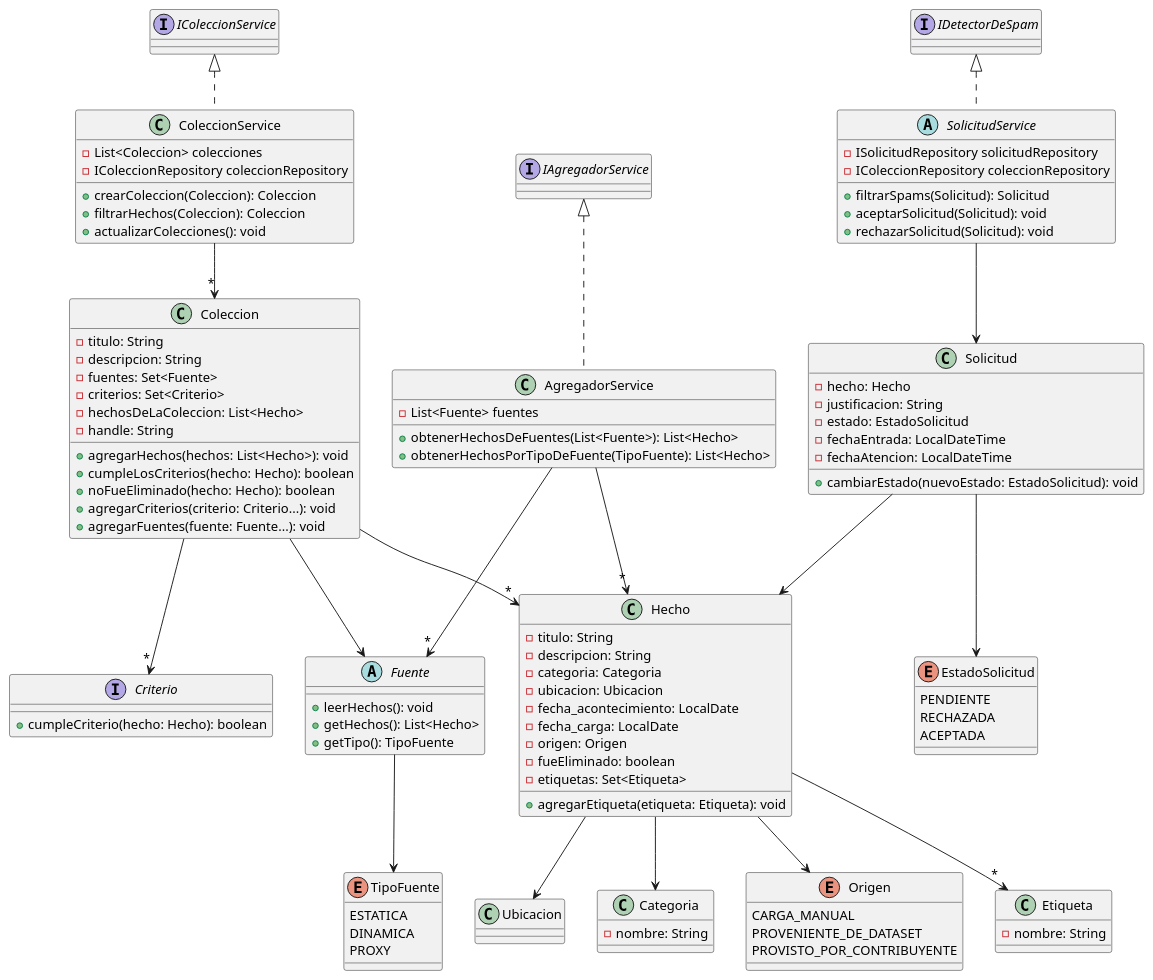
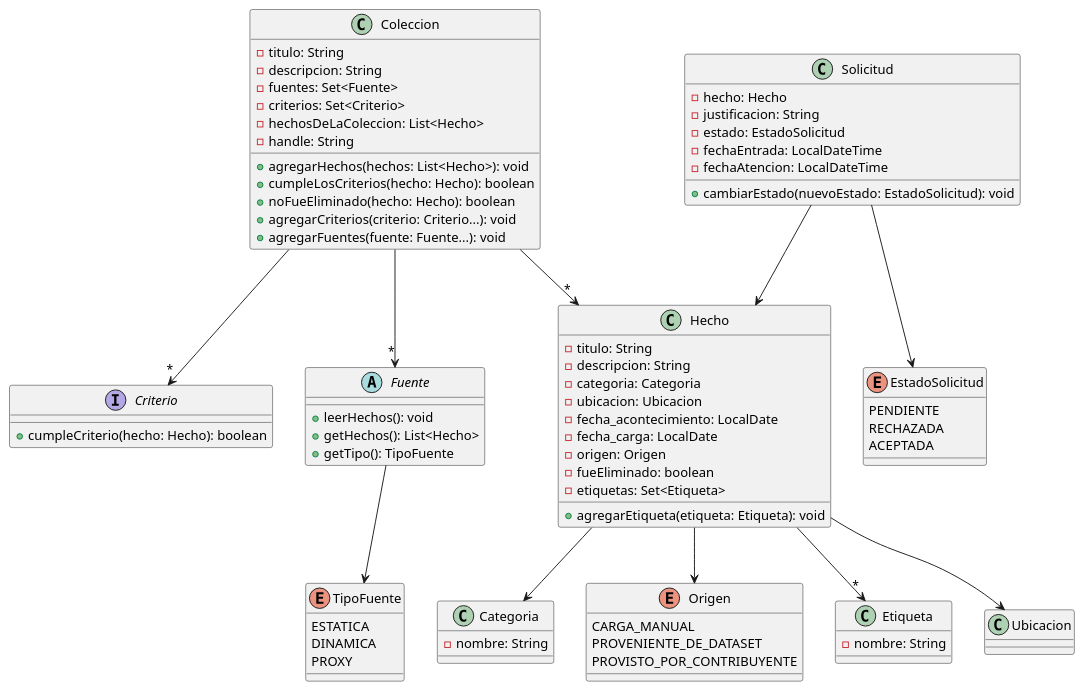
One commit to MarianelaBen/MetaMapa-Collaborative-System changed the diagram in agregador/src/Diagrama de clases.puml. Above: the diagram before and after it, drawn with PlantUML.

Commit message:
diagrama de clases hecho

```diff
--- a/agregador/src/Diagrama de clases.puml
+++ b/agregador/src/Diagrama de clases.puml
@@ -1,125 +1,94 @@
 @startuml
 
 interface Criterio {
     +cumpleCriterio(hecho: Hecho): boolean
 }
 
 abstract class Fuente {
     +leerHechos(): void
     +getHechos(): List<Hecho>
     +getTipo(): TipoFuente
 }
 
 class Coleccion {
     -titulo: String
     -descripcion: String
     -fuentes: Set<Fuente>
     -criterios: Set<Criterio>
     -hechosDeLaColeccion: List<Hecho>
     -handle: String
     +agregarHechos(hechos: List<Hecho>): void
     +cumpleLosCriterios(hecho: Hecho): boolean
     +noFueEliminado(hecho: Hecho): boolean
     +agregarCriterios(criterio: Criterio...): void
     +agregarFuentes(fuente: Fuente...): void
 }
 
 class Hecho {
     -titulo: String
     -descripcion: String
     -categoria: Categoria
     -ubicacion: Ubicacion
     -fecha_acontecimiento: LocalDate
     -fecha_carga: LocalDate
     -origen: Origen
     -fueEliminado: boolean
     -etiquetas: Set<Etiqueta>
 
     +agregarEtiqueta(etiqueta: Etiqueta): void
 }
 
 class Categoria {
     -nombre: String
 }
 
 enum Origen {
     CARGA_MANUAL
     PROVENIENTE_DE_DATASET
     PROVISTO_POR_CONTRIBUYENTE
 }
 
 class Etiqueta {
     -nombre: String
 
 }
 
 class Solicitud {
     -hecho: Hecho
     -justificacion: String
     -estado: EstadoSolicitud
     -fechaEntrada: LocalDateTime
     -fechaAtencion: LocalDateTime
 
     +cambiarEstado(nuevoEstado: EstadoSolicitud): void
 }
 
 
 enum EstadoSolicitud {
     PENDIENTE
     RECHAZADA
     ACEPTADA
 }
 
 enum TipoFuente {
     ESTATICA
     DINAMICA
     PROXY
 }
 
-class AgregadorService implements IAgregadorService{
-  - List<Fuente> fuentes
-  + obtenerHechosDeFuentes(List<Fuente>): List<Hecho>
-  + obtenerHechosPorTipoDeFuente(TipoFuente): List<Hecho>
-}
-
-class ColeccionService implements IColeccionService{
-  - List<Coleccion> colecciones
-  - IColeccionRepository coleccionRepository
-  + crearColeccion(Coleccion): Coleccion
-  + filtrarHechos(Coleccion): Coleccion
-  + actualizarColecciones(): void
-}
-
-
-abstract class SolicitudService implements IDetectorDeSpam{
-  - ISolicitudRepository solicitudRepository
-  - IColeccionRepository coleccionRepository
-  + filtrarSpams(Solicitud): Solicitud
-  + aceptarSolicitud(Solicitud): void
-  + rechazarSolicitud(Solicitud): void
-}
 
 
 Coleccion --> "*" Criterio
 Coleccion --> "*" Hecho
-Coleccion --> Fuente
+Coleccion --> "*" Fuente
 Hecho --> Origen
 Hecho --> "*" Etiqueta
 Solicitud --> Hecho
 Solicitud --> EstadoSolicitud
 Hecho --> Ubicacion
 Hecho --> Categoria
 Fuente --> TipoFuente
 
 
-ColeccionService -->  "*" Coleccion
-
-
-AgregadorService --> "*" Fuente
-AgregadorService --> "*" Hecho
-
-SolicitudService --> Solicitud
-
-
 
 @enduml
```
